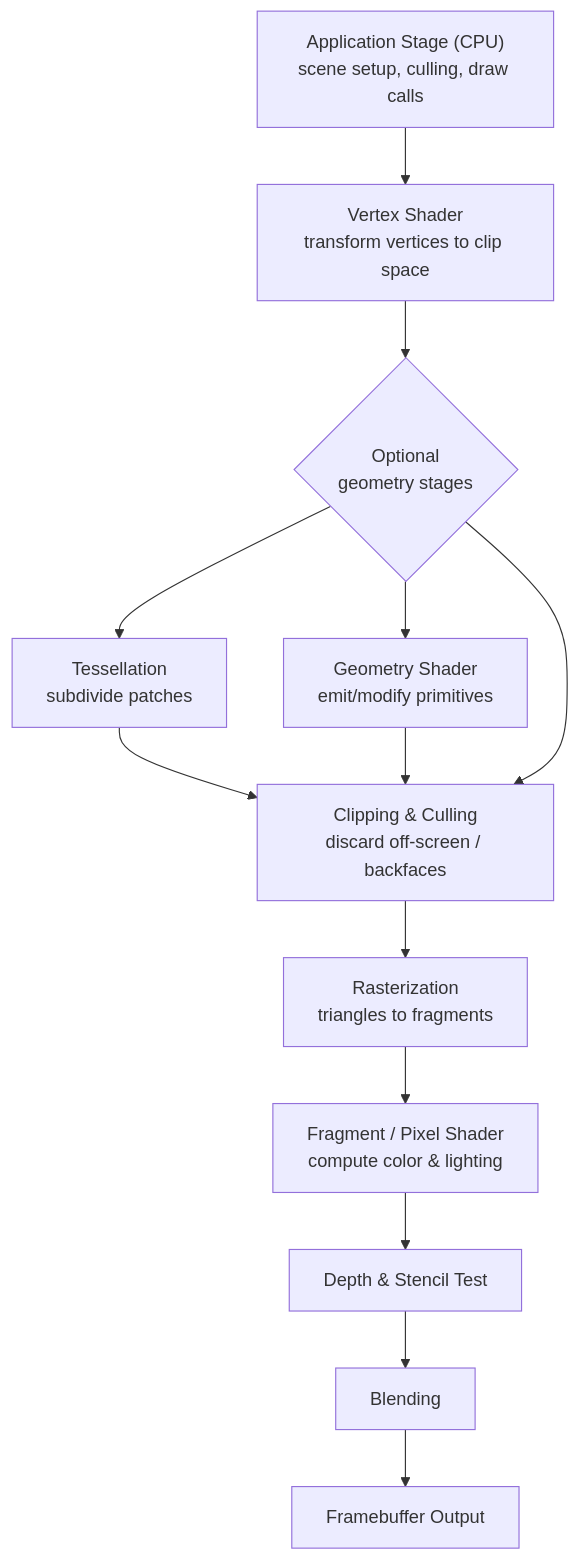
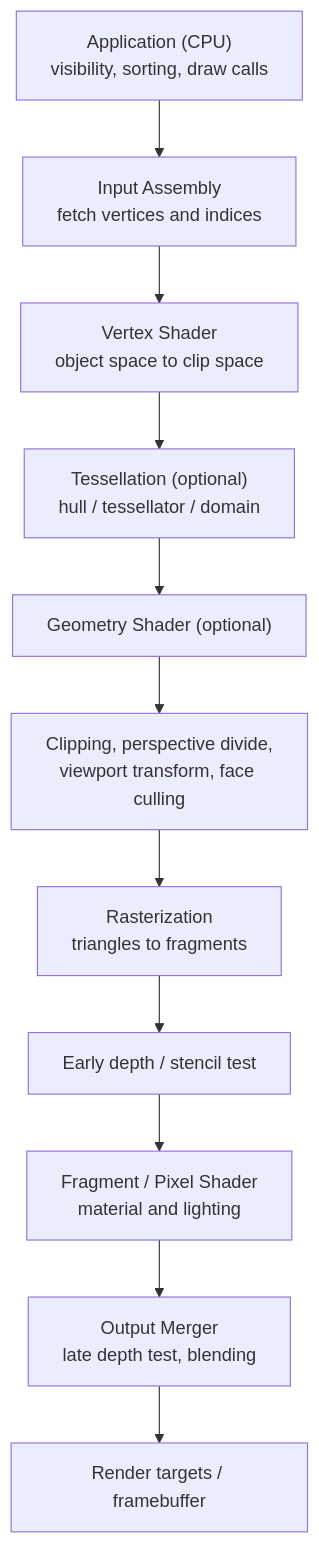
The first of 7 diagrams in github-pages/docs/graphics/3d-rendering.md (AndrewAltimit/Documentation), drawn with Mermaid before and after one commit. The commit also changed other lines of this file and 240 other files, not shown here.

````diff
--- a/github-pages/docs/graphics/3d-rendering.md
+++ b/github-pages/docs/graphics/3d-rendering.md
@@ -27,15 +39,13 @@
 ```mermaid
 flowchart TD
-    A["Application Stage (CPU)<br/>scene setup, culling, draw calls"] --> B["Vertex Shader<br/>transform vertices to clip space"]
-    B --> C{"Optional<br/>geometry stages"}
-    C --> D["Tessellation<br/>subdivide patches"]
-    C --> E["Geometry Shader<br/>emit/modify primitives"]
-    D --> F["Clipping & Culling<br/>discard off-screen / backfaces"]
-    E --> F
-    C --> F
-    F --> G["Rasterization<br/>triangles to fragments"]
-    G --> H["Fragment / Pixel Shader<br/>compute color & lighting"]
-    H --> I["Depth & Stencil Test"]
-    I --> J["Blending"]
-    J --> K["Framebuffer Output"]
+    A["Application (CPU)<br/>visibility, sorting, draw calls"] --> IA["Input Assembly<br/>fetch vertices and indices"]
+    IA --> VS["Vertex Shader<br/>object space to clip space"]
+    VS --> T["Tessellation (optional)<br/>hull / tessellator / domain"]
+    T --> GS["Geometry Shader (optional)"]
+    GS --> CL["Clipping, perspective divide,<br/>viewport transform, face culling"]
+    CL --> R["Rasterization<br/>triangles to fragments"]
+    R --> EZ["Early depth / stencil test"]
+    EZ --> FS["Fragment / Pixel Shader<br/>material and lighting"]
+    FS --> OM["Output Merger<br/>late depth test, blending"]
+    OM --> FB["Render targets / framebuffer"]
 ```
````
